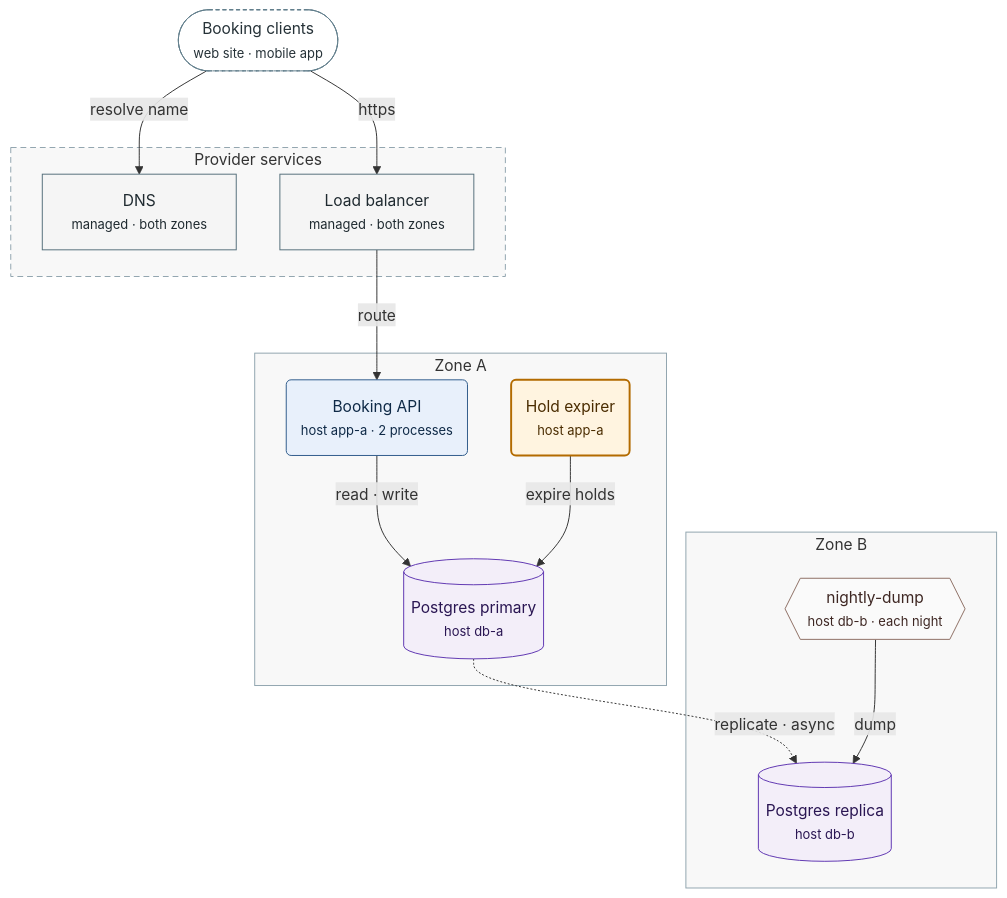
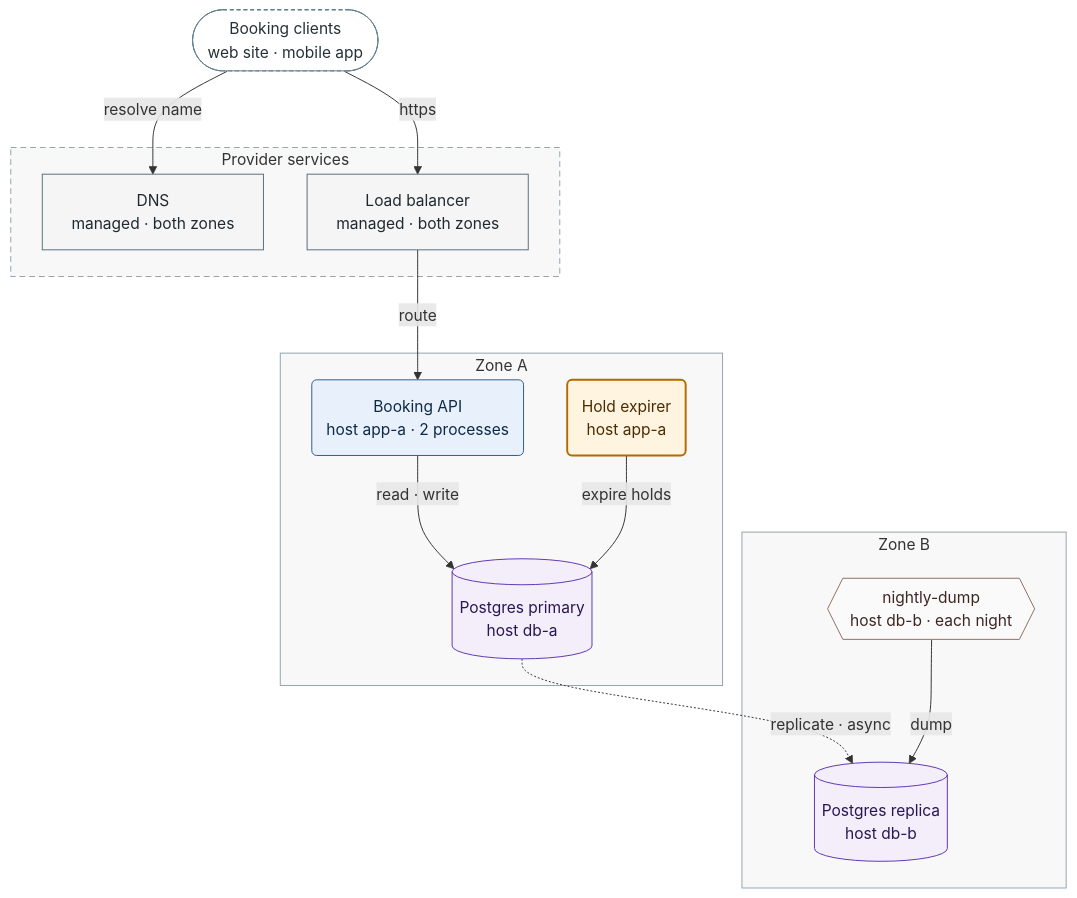
One commit to MatrixFounder/Agentic-development changed the third of 4 diagrams in .agent/skills/mermaid-authoring-guidelines/references/flowchart.md. Above: the diagram before and after it, drawn with Mermaid. The commit also changed other lines of this file and 41 other files, not shown here.

````diff
--- a/.agent/skills/mermaid-authoring-guidelines/references/flowchart.md
+++ b/.agent/skills/mermaid-authoring-guidelines/references/flowchart.md
@@ -268,42 +270,42 @@
 ```mermaid
-%%{init: {"layout": "dagre", "look": "classic", "flowchart": {"nodeSpacing": 45, "rankSpacing": 55, "wrappingWidth": 400}}}%%
+%%{init: {"layout": "dagre", "look": "classic", "flowchart": {"nodeSpacing": 45, "rankSpacing": 55, "wrappingWidth": 400}, "themeCSS": "foreignObject { overflow: visible; }"}}%%
 flowchart TB
   accTitle: Booking deployment
   accDescr: The zones, the shared provider services and the database replication.
-  CLI(["Booking clients<br/><small>web site · mobile app</small>"])
+  CLI(["Booking clients<br/>web site · mobile app"])
   subgraph PROV["Provider services"]
-    DNS["DNS<br/><small>managed · both zones</small>"]
-    LB["Load balancer<br/><small>managed · both zones</small>"]
+    DNS["DNS<br/>managed · both zones"]
+    LB["Load balancer<br/>managed · both zones"]
   end
   subgraph ZA["Zone A"]
-    API("Booking API<br/><small>host app-a · 2 processes</small>")
-    HOLD("Hold expirer<br/><small>host app-a</small>")
-    PGA[("Postgres primary<br/><small>host db-a</small>")]
+    API("Booking API<br/>host app-a · 2 processes")
+    HOLD("Hold expirer<br/>host app-a")
+    PGA[("Postgres primary<br/>host db-a")]
   end
   subgraph ZB["Zone B"]
-    DUMP{{"nightly-dump<br/><small>host db-b · each night</small>"}}
-    PGB[("Postgres replica<br/><small>host db-b</small>")]
+    DUMP{{"nightly-dump<br/>host db-b · each night"}}
+    PGB[("Postgres replica<br/>host db-b")]
   end
   CLI -->|"resolve name"| DNS
   CLI -->|"https"| LB
   LB -->|"route"| API
   API -->|"read · write"| PGA
   HOLD -->|"expire holds"| PGA
   PGA -.->|"replicate · async"| PGB
   DUMP -->|"dump"| PGB
   class CLI ext
   class API wf
   class HOLD wfNew
   class PGA,PGB db
   class DNS,LB svc
   class DUMP infra
   style ZA fill:#7F7F7F0D,stroke:#90A4AE
   style ZB fill:#7F7F7F0D,stroke:#90A4AE
   style PROV fill:#7F7F7F0D,stroke:#90A4AE,stroke-dasharray:6 4
   classDef ext fill:#FFFFFF,stroke:#607D8B,color:#263238,stroke-dasharray:4 3
   classDef wf fill:#E8F0FB,stroke:#2E5A8A,color:#0F2A47
   classDef wfNew fill:#FFF4E0,stroke:#B36B00,color:#4A2C00,stroke-width:2px
   classDef db fill:#F3EEF9,stroke:#5E35B1,color:#2A1653
   classDef svc fill:#F5F5F5,stroke:#546E7A,color:#1F2A30
   classDef infra fill:#FAFAFA,stroke:#8D6E63,color:#3E2723
 ```
````
